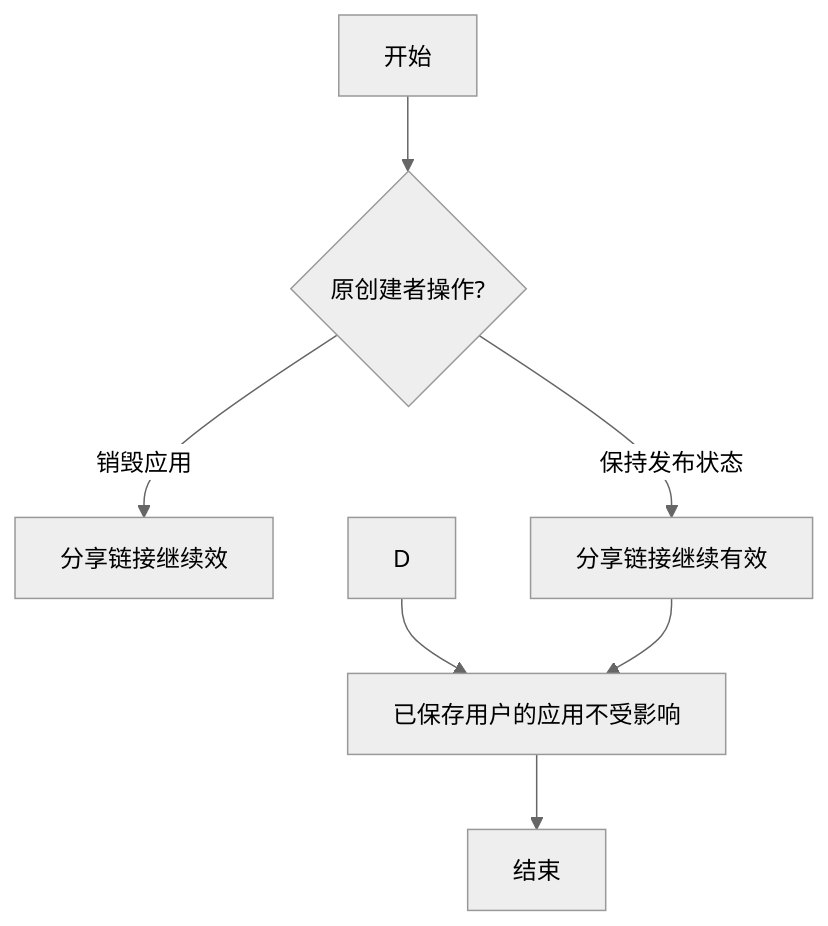
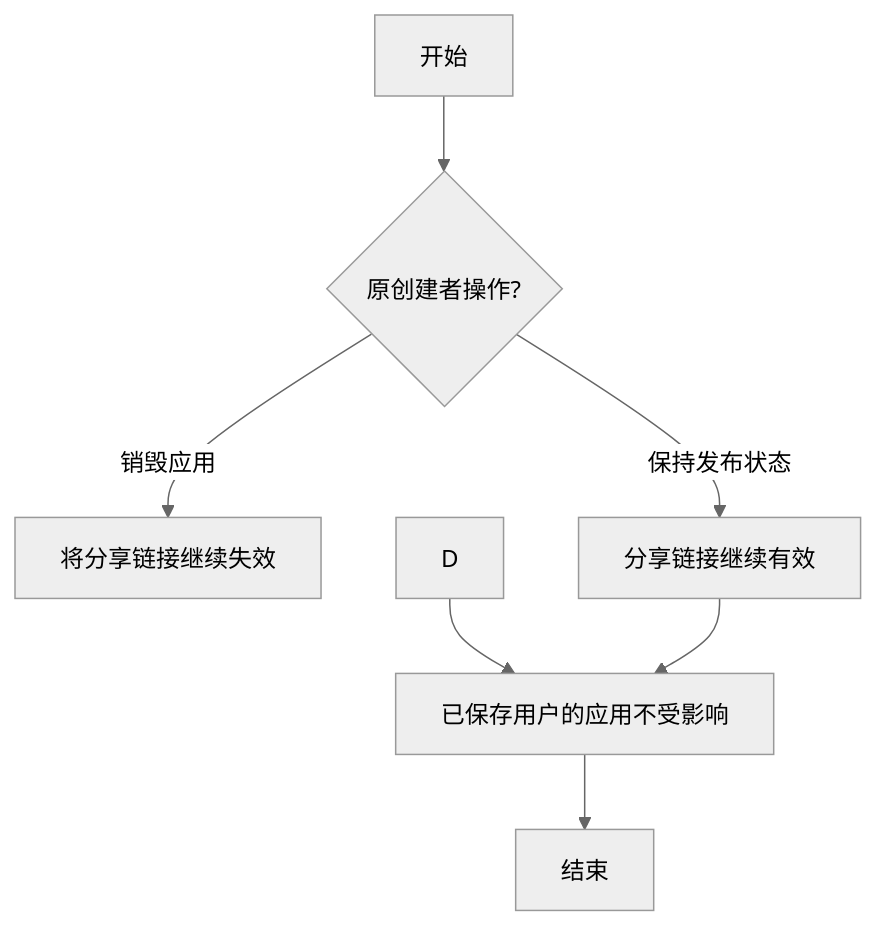
Before and after one commit to yingjianzh/iodraw-files: the diagram in all/未命名-64.md, drawn with Mermaid (neutral theme).

Commit message:
2025-05-21 18:32:35 update

````diff
--- a/all/未命名-64.md
+++ b/all/未命名-64.md
@@ -1,10 +1,10 @@
 ```mermaid
 flowchart TD
     A[开始] --> B{原创建者操作?}
-    B -->|销毁应用| C[分享链接继续效]
+    B -->|销毁应用| C[将分享链接继续失效]
    
     B -->|保持发布状态| E[分享链接继续有效]
     D --> F[已保存用户的应用不受影响]
     E --> F
     F --> G[结束]
 ```
````
